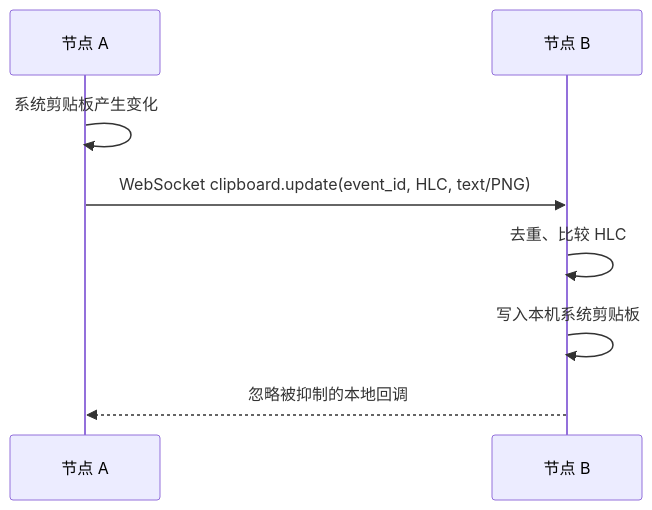
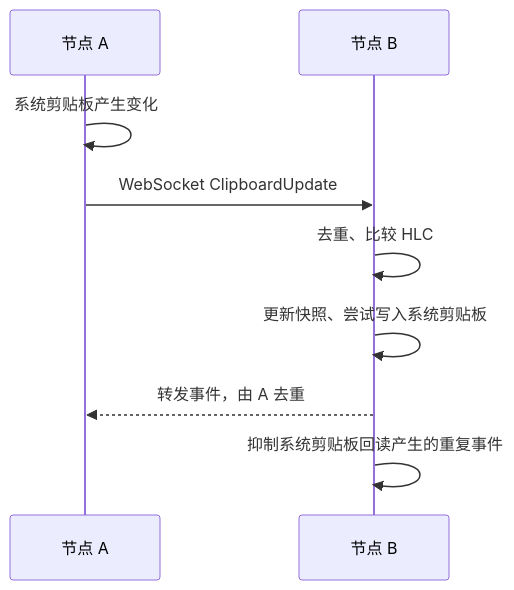
The third of 4 diagrams in docs/ARCHITECTURE_MAP.md (yangjinming1062/MeshShare), drawn with Mermaid before and after one commit. The commit also changed other lines of this file and 7 other files, not shown here.

````diff
--- a/docs/ARCHITECTURE_MAP.md
+++ b/docs/ARCHITECTURE_MAP.md
@@ -35,10 +35,11 @@
 ```mermaid
 sequenceDiagram
   participant A as 节点 A
   participant B as 节点 B
   A->>A: 系统剪贴板产生变化
-  A->>B: WebSocket clipboard.update(event_id, HLC, text/PNG)
+  A->>B: WebSocket ClipboardUpdate
   B->>B: 去重、比较 HLC
-  B->>B: 写入本机系统剪贴板
-  B-->>A: 忽略被抑制的本地回调
+  B->>B: 更新快照、尝试写入系统剪贴板
+  B-->>A: 转发事件，由 A 去重
+  B->>B: 抑制系统剪贴板回读产生的重复事件
 ```
````
